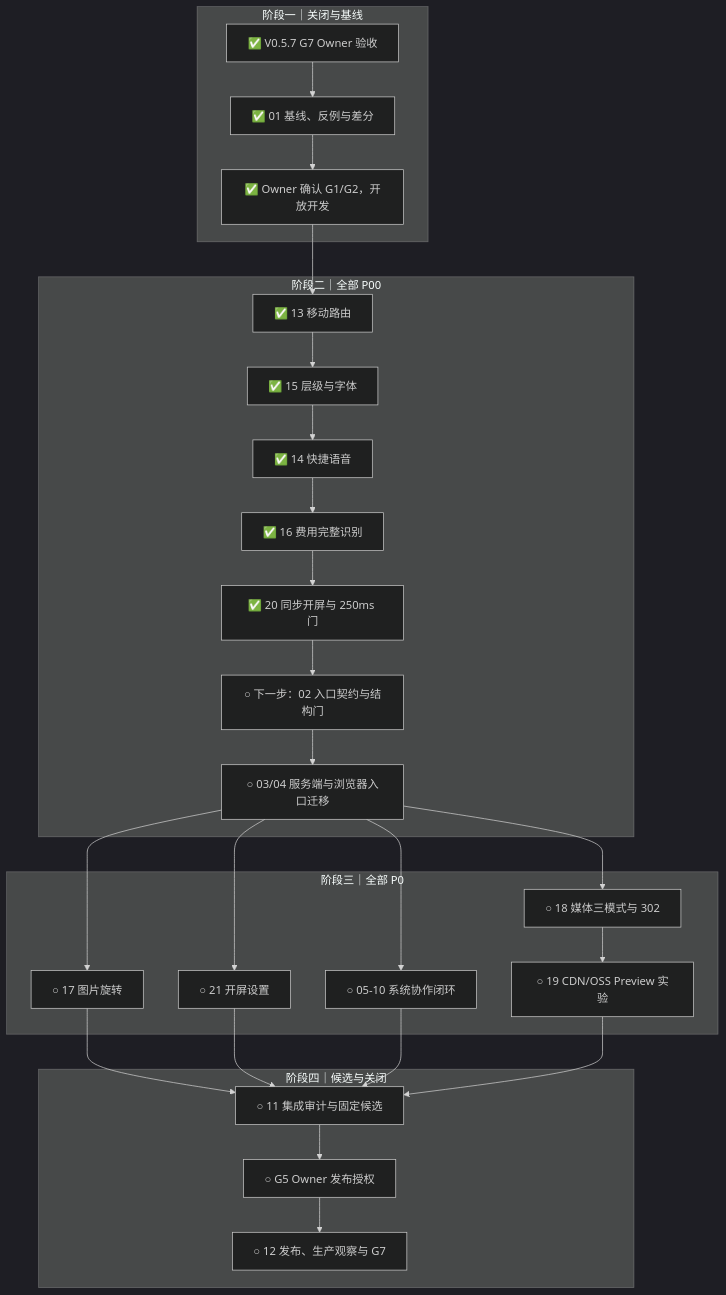
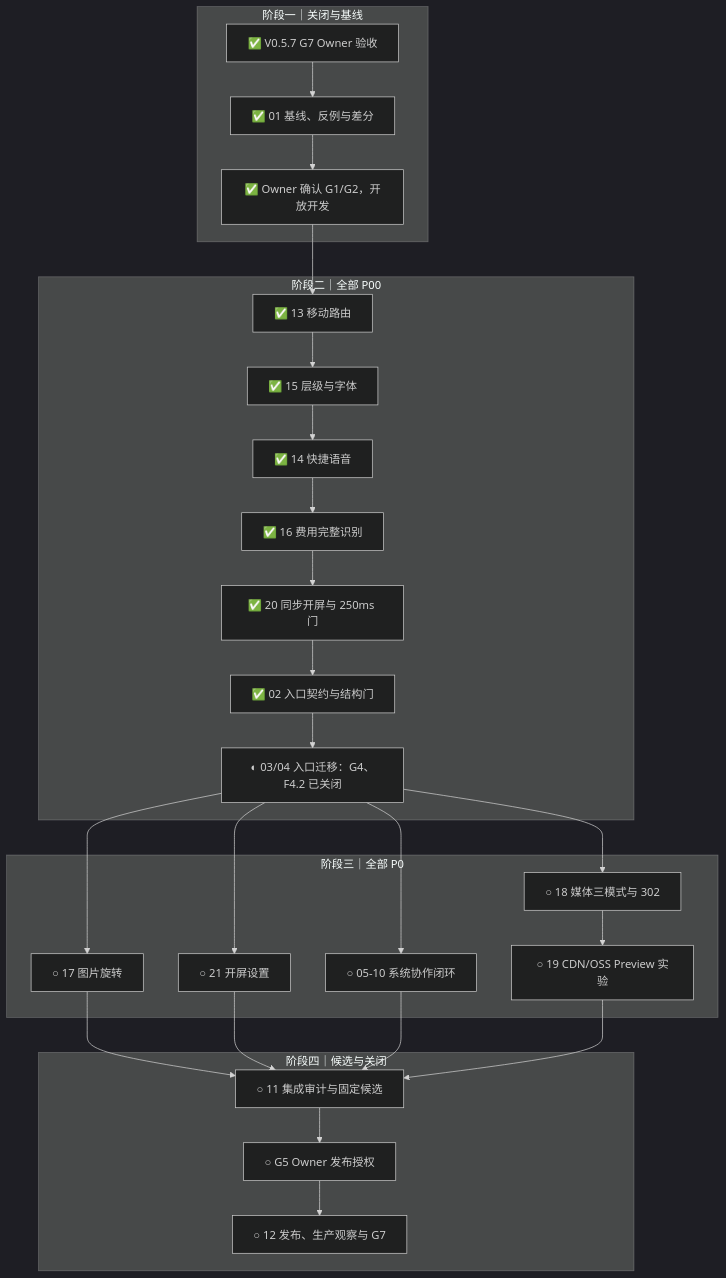
Before and after one commit to 77Liu/for-now: the diagram in reports/iteration-plan-v0.5.8-2026-10-05.md, drawn with Mermaid (dark theme). The commit also changed other lines of this file and 9 other files, not shown here.

````diff
--- a/reports/iteration-plan-v0.5.8-2026-10-05.md
+++ b/reports/iteration-plan-v0.5.8-2026-10-05.md
@@ -214,31 +216,31 @@
 ```mermaid
 flowchart TD
   subgraph GATE["阶段一｜关闭与基线"]
     A["✅ V0.5.7 G7 Owner 验收"] --> B["✅ 01 基线、反例与差分"]
     B --> C["✅ Owner 确认 G1/G2，开放开发"]
   end
   subgraph P00["阶段二｜全部 P00"]
     C --> D1["✅ 13 移动路由"]
     D1 --> D2["✅ 15 层级与字体"]
     D2 --> E["✅ 14 快捷语音"]
     E --> F["✅ 16 费用完整识别"]
     F --> G["✅ 20 同步开屏与 250ms 门"]
-    G --> H["○ 下一步：02 入口契约与结构门"]
-    H --> I["○ 03/04 服务端与浏览器入口迁移"]
+    G --> H["✅ 02 入口契约与结构门"]
+    H --> I["◐ 03/04 入口迁移：G4、F4.2 已关闭"]
   end
   subgraph P0["阶段三｜全部 P0"]
     I --> J["○ 17 图片旋转"]
     I --> K["○ 18 媒体三模式与 302"]
     I --> L["○ 21 开屏设置"]
     I --> M["○ 05-10 系统协作闭环"]
     K --> N["○ 19 CDN/OSS Preview 实验"]
   end
   subgraph RELEASE["阶段四｜候选与关闭"]
     J --> O["○ 11 集成审计与固定候选"]
     L --> O
     M --> O
     N --> O
     O --> P["○ G5 Owner 发布授权"]
     P --> Q["○ 12 发布、生产观察与 G7"]
   end
 ```
````
